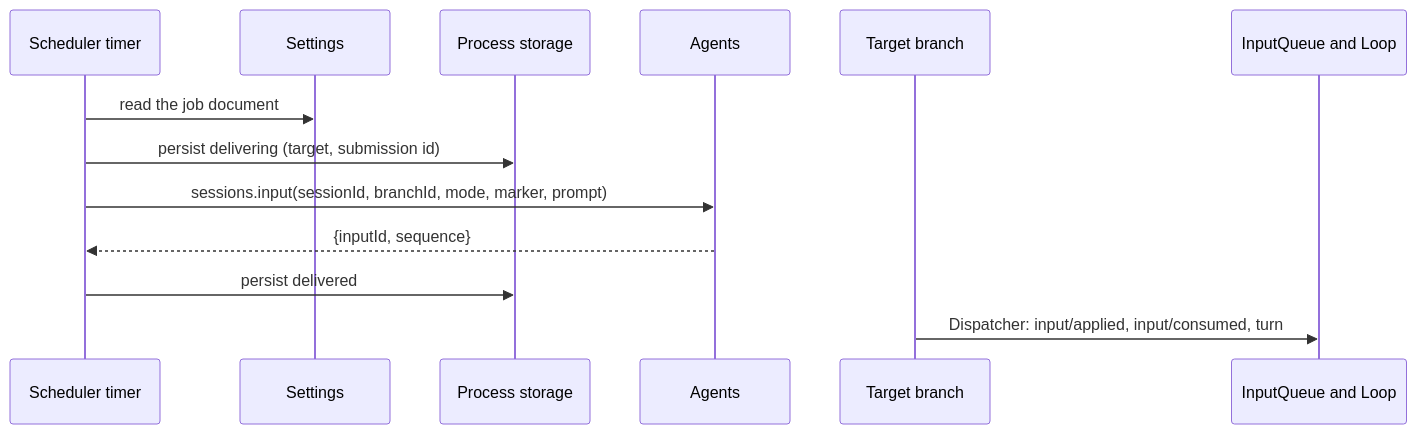
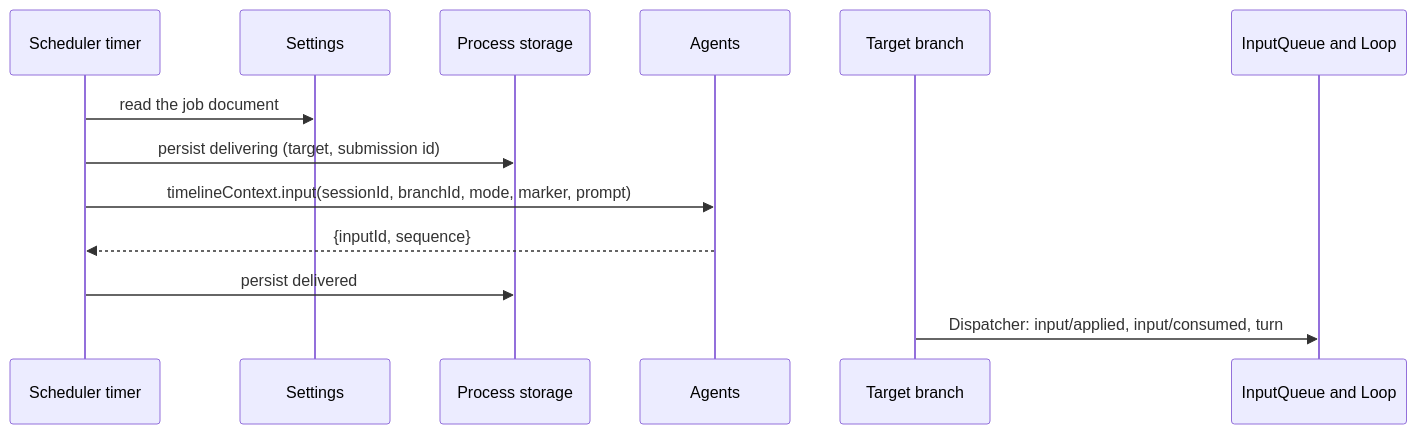
Before and after one commit to arcships/dim: the third of 5 diagrams in docs/design/plugins/Scheduler.md, drawn with Mermaid. The commit also changed other lines of this file and 142 other files, not shown here.

````diff
--- a/docs/design/plugins/Scheduler.md
+++ b/docs/design/plugins/Scheduler.md
@@ -227,15 +231,15 @@
 ```mermaid
 sequenceDiagram
   participant T as Scheduler timer
   participant SET as Settings
   participant ST as Process storage
   participant AG as Agents
   participant S as Target branch
   participant IQ as InputQueue and Loop
   T->>SET: read the job document
   T->>ST: persist delivering (target, submission id)
-  T->>AG: sessions.input(sessionId, branchId, mode, marker, prompt)
+  T->>AG: timelineContext.input(sessionId, branchId, mode, marker, prompt)
   AG-->>T: {inputId, sequence}
   T->>ST: persist delivered
   S->>IQ: Dispatcher: input/applied, input/consumed, turn
 ```
````
